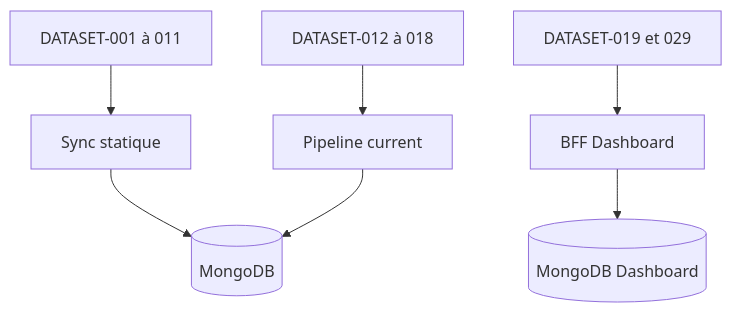
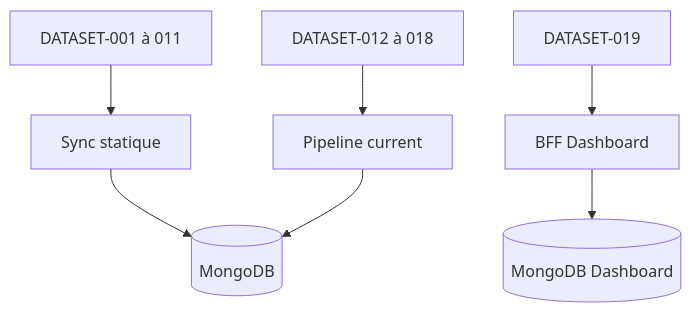
One commit to Matthieu-Vachet/dashboard_Admin changed the diagram in docs/Tome 1 — Foundation (Fondations)/DOC-016-dataset-overview.md. Above: the diagram before and after it, drawn with Mermaid. The commit also changed other lines of this file and 33 other files, not shown here.

````diff
--- a/docs/Tome 1 — Foundation (Fondations)/DOC-016-dataset-overview.md
+++ b/docs/Tome 1 — Foundation (Fondations)/DOC-016-dataset-overview.md
@@ -72,9 +72,9 @@
 ```mermaid
 flowchart TD
   STATIC["DATASET-001 à 011"] --> SYNC["Sync statique"]
   CURRENT["DATASET-012 à 018"] --> PIPE["Pipeline current"]
-  PRIVATE["DATASET-019 et 029"] --> DASH["BFF Dashboard"]
+  PRIVATE["DATASET-019"] --> DASH["BFF Dashboard"]
   SYNC --> DB[("MongoDB")]
   PIPE --> DB
   DASH --> DDB[("MongoDB Dashboard")]
 ```
````
